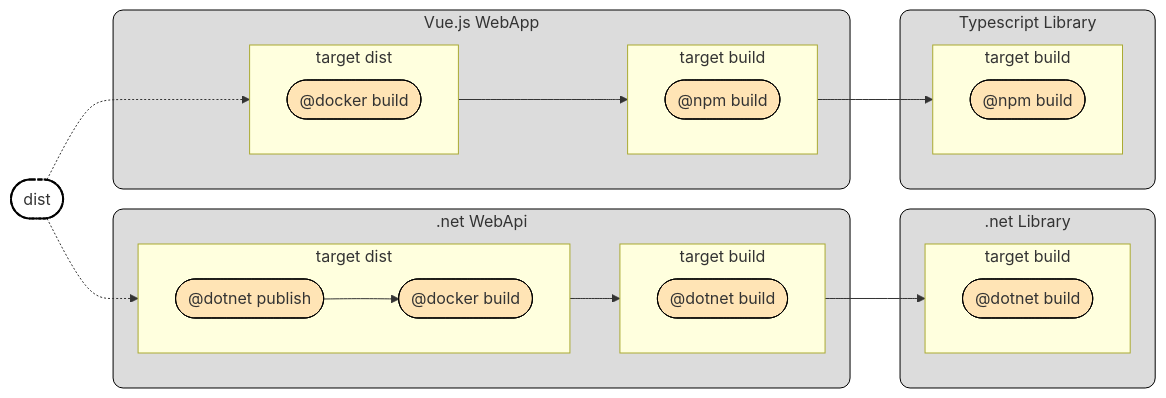
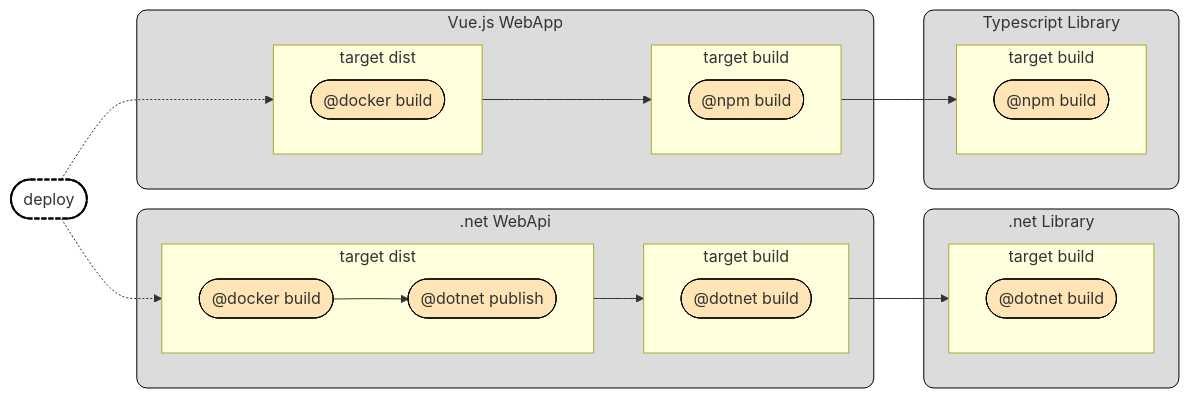
Before and after one commit to MagnusOpera/Terrabuild-Playground: the first of 3 diagrams in README.md, drawn with Mermaid. The commit also changed other lines of this file, not shown here.

Commit message:
update graphs

````diff
--- a/README.md
+++ b/README.md
@@ -17,73 +17,73 @@
 ```mermaid
 flowchart LR
   classDef default fill:moccasin,stroke:black
   classDef project fill:gainsboro,stroke:black,rx:10,ry:10
   classDef build fill:palegreen,stroke:black,rx:20,ry:20
   classDef publish fill:skyblue,stroke:black,rx:20,ry:20
   classDef target fill:white,stroke-width:2px,stroke-dasharray: 5 2
 
   subgraph A[".net WebApi"]
     subgraph targetBuildA["target build"]
       direction LR
       buildA(["@dotnet build"])
     end
 
     subgraph targetBuildA["target build"]
       direction LR
       buildA(["@dotnet build"])
     end
 
     subgraph targetPublishA["target dist"]
       direction LR
-      publishA(["@dotnet publish"]) --> dockerA(["@docker build"])
+       dockerA(["@docker build"]) --> publishA(["@dotnet publish"])
     end
 
     class targetBuildA build
     class targetPublishA publish
   end
 
   subgraph B["Vue.js WebApp"]
     subgraph targetBuildB["target build"]
       direction LR
       publishB(["@npm build"])
     end
 
     subgraph targetPublishB["target dist"]
       direction LR
       dockerB(["@docker build"])
     end
 
     class targetBuildB build
     class targetPublishB publish
   end
 
   subgraph C[".net Library"]
     subgraph targetBuildC["target build"]
       direction LR
       buildC(["@dotnet build"])
     end
 
     class targetBuildC build
   end
 
   subgraph D["Typescript Library"]
     subgraph targetBuildD["target build"]
       direction LR
       buildD(["@npm build"])
     end
 
     class targetBuildD build
   end
 
-  publish([dist])
+  publish([deploy])
   targetBuildB --> targetBuildD
   targetBuildA --> targetBuildC
   targetPublishA --> targetBuildA
   publish -.-> targetPublishA
   
   targetPublishB --> targetBuildB
   publish -.-> targetPublishB
 
   class A,B,C,D project
   class publish target
 ```
````
